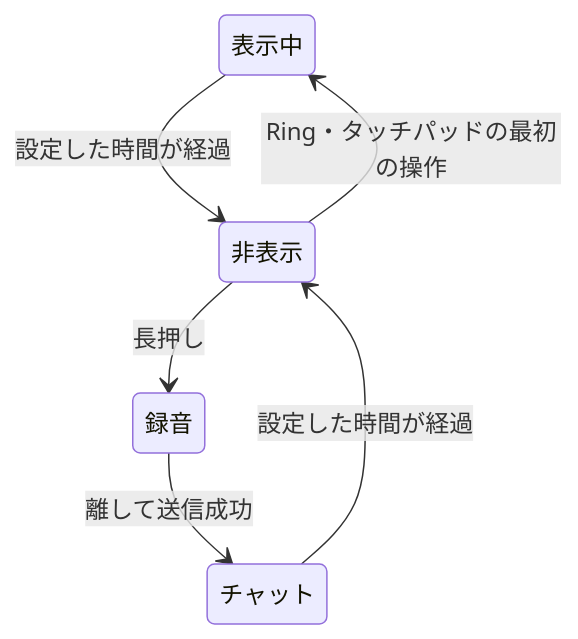
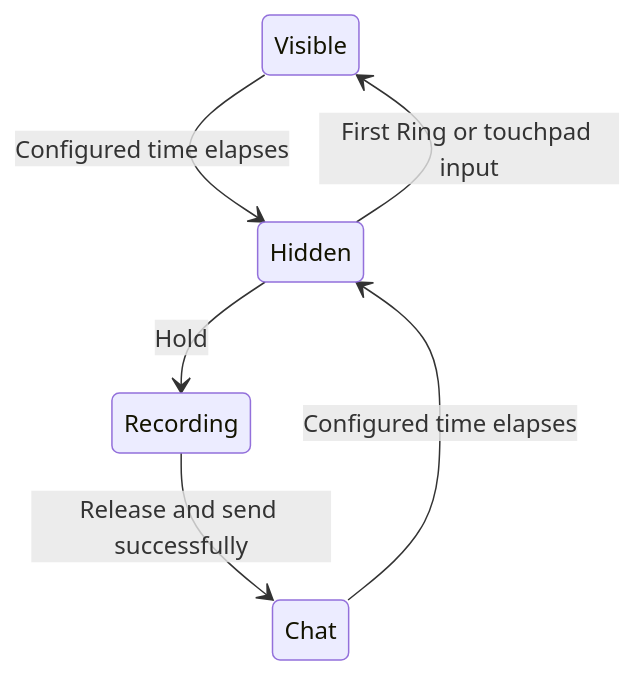
The fourth of 4 diagrams in docs/ui.md (3mintimer/muse-relay), drawn with Mermaid before and after one commit. The commit also changed other lines of this file and 49 other files, not shown here.

````diff
--- a/docs/ui.md
+++ b/docs/ui.md
@@ -147,8 +149,8 @@
 ```mermaid
 stateDiagram-v2
-  表示中 --> 非表示: 設定した時間が経過
-  非表示 --> 表示中: Ring・タッチパッドの最初の操作
-  非表示 --> 録音: 長押し
-  録音 --> チャット: 離して送信成功
-  チャット --> 非表示: 設定した時間が経過
+  Visible --> Hidden: Configured time elapses
+  Hidden --> Visible: First Ring or touchpad input
+  Hidden --> Recording: Hold
+  Recording --> Chat: Release and send successfully
+  Chat --> Hidden: Configured time elapses
 ```
````
